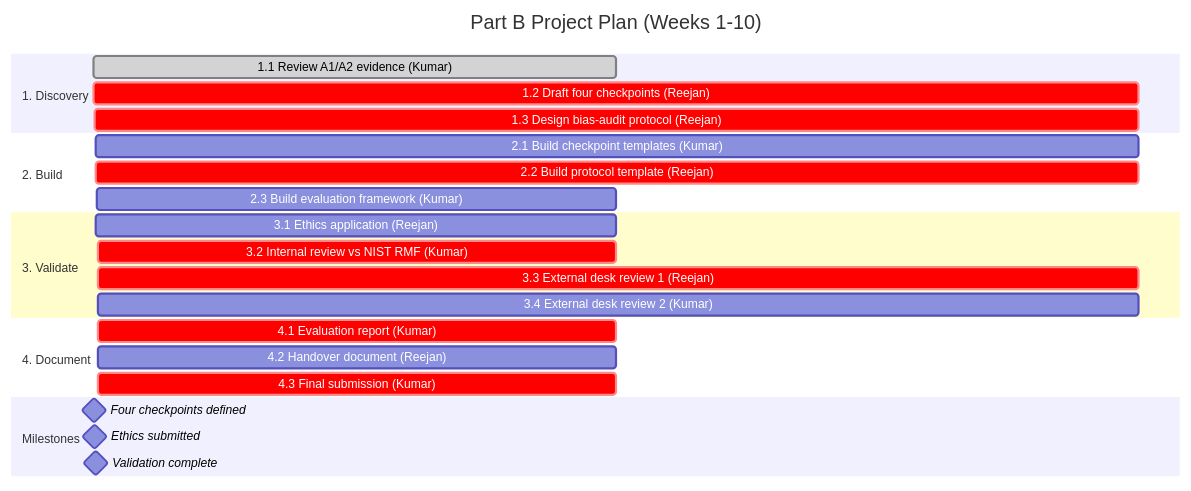
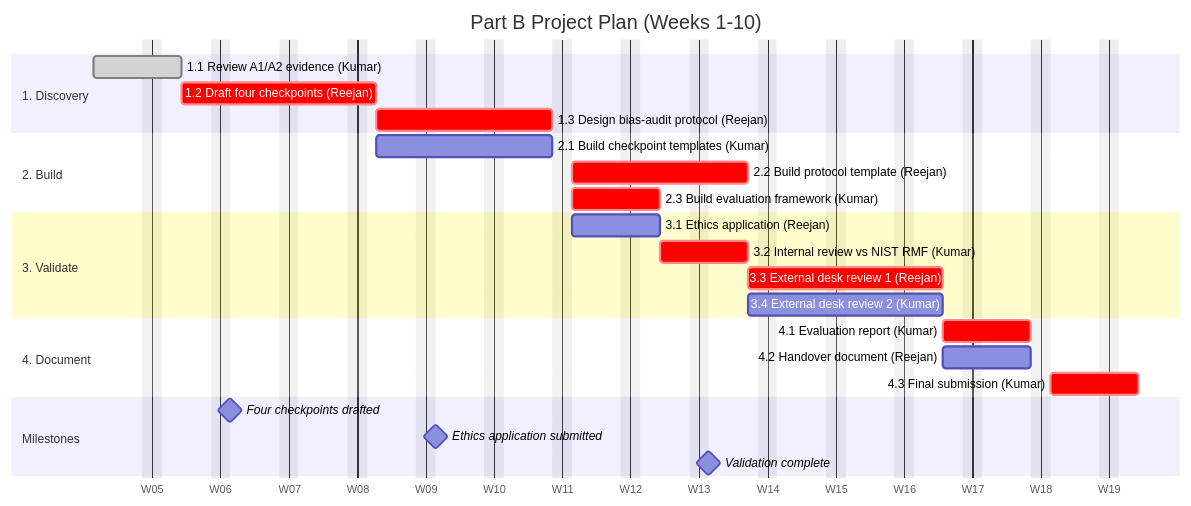
Before and after one commit to kumarbhandari600-sudo/ai-governance-pathway: the diagram in README.md, drawn with Mermaid. The commit also changed other lines of this file, not shown here.

````diff
--- a/README.md
+++ b/README.md
@@ -33,33 +33,34 @@
 ```mermaid
 gantt
     title Part B Project Plan (Weeks 1-10)
-    dateFormat  X
-    axisFormat  W%s
+    dateFormat  YYYY-MM-DD
+    axisFormat  W%W
     tickInterval 1week
+    excludes    weekends
 
     section 1. Discovery
-    1.1 Review A1/A2 evidence (Kumar)      :done,    t11, 1, 1
-    1.2 Draft four checkpoints (Reejan)    :crit,    t12, 2, 2
-    1.3 Design bias-audit protocol (Reejan):crit,    t13, 4, 2
+    1.1 Review A1/A2 evidence (Kumar)       :done,      t11, 2026-02-02, 1w
+    1.2 Draft four checkpoints (Reejan)     :crit,      t12, after t11,  2w
+    1.3 Design bias-audit protocol (Reejan) :crit,      t13, after t12,  2w
 
     section 2. Build
-    2.1 Build checkpoint templates (Kumar) :t21, 6, 2
-    2.2 Build protocol template (Reejan)   :crit, t22, 6, 2
-    2.3 Build evaluation framework (Kumar) :t23, 8, 1
+    2.1 Build checkpoint templates (Kumar)  :           t21, after t12,  2w
+    2.2 Build protocol template (Reejan)    :crit,      t22, after t13,  2w
+    2.3 Build evaluation framework (Kumar)  :crit,      t23, after t21,  1w
 
     section 3. Validate
-    3.1 Ethics application (Reejan)        :t31, 6, 1
-    3.2 Internal review vs NIST RMF (Kumar):crit, t32, 9, 1
-    3.3 External desk review 1 (Reejan)    :crit, t33, 9, 2
-    3.4 External desk review 2 (Kumar)     :t34, 9, 2
+    3.1 Ethics application (Reejan)         :           t31, after t21,  1w
+    3.2 Internal review vs NIST RMF (Kumar) :crit,      t32, after t23,  1w
+    3.3 External desk review 1 (Reejan)     :crit,      t33, after t32,  2w
+    3.4 External desk review 2 (Kumar)      :           t34, after t32,  2w
 
     section 4. Document
-    4.1 Evaluation report (Kumar)          :crit, t41, 10, 1
-    4.2 Handover document (Reejan)         :t42, 10, 1
-    4.3 Final submission (Kumar)           :crit, t43, 10, 1
+    4.1 Evaluation report (Kumar)           :crit,      t41, after t33,  1w
+    4.2 Handover document (Reejan)          :           t42, after t33,  1w
+    4.3 Final submission (Kumar)            :crit,      t43, after t41,  1w
 
     section Milestones
-    Four checkpoints defined               :milestone, m1, 3, 0
-    Ethics submitted                       :milestone, m2, 6, 0
-    Validation complete                    :milestone, m3, 10, 0
+    Four checkpoints drafted                :milestone, m1, 2026-02-16, 0d
+    Ethics application submitted            :milestone, m2, 2026-03-09, 0d
+    Validation complete                     :milestone, m3, 2026-04-06, 0d
 ```
````
